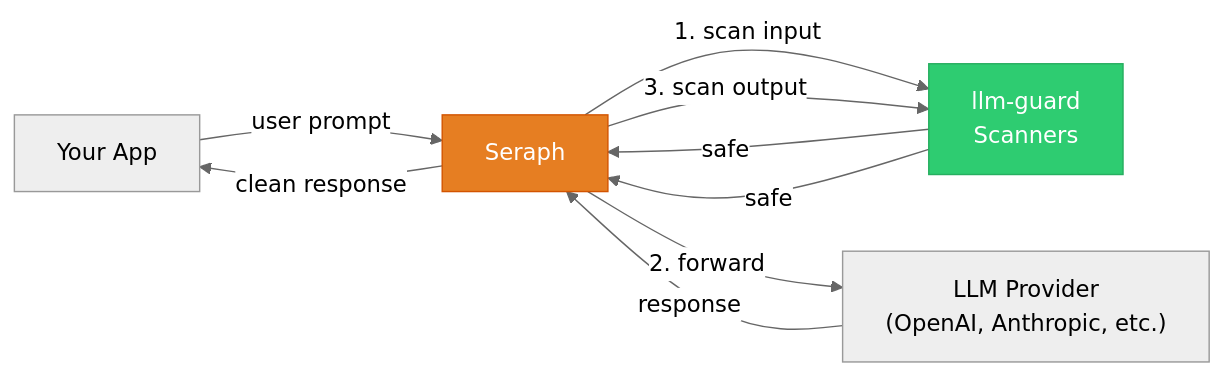
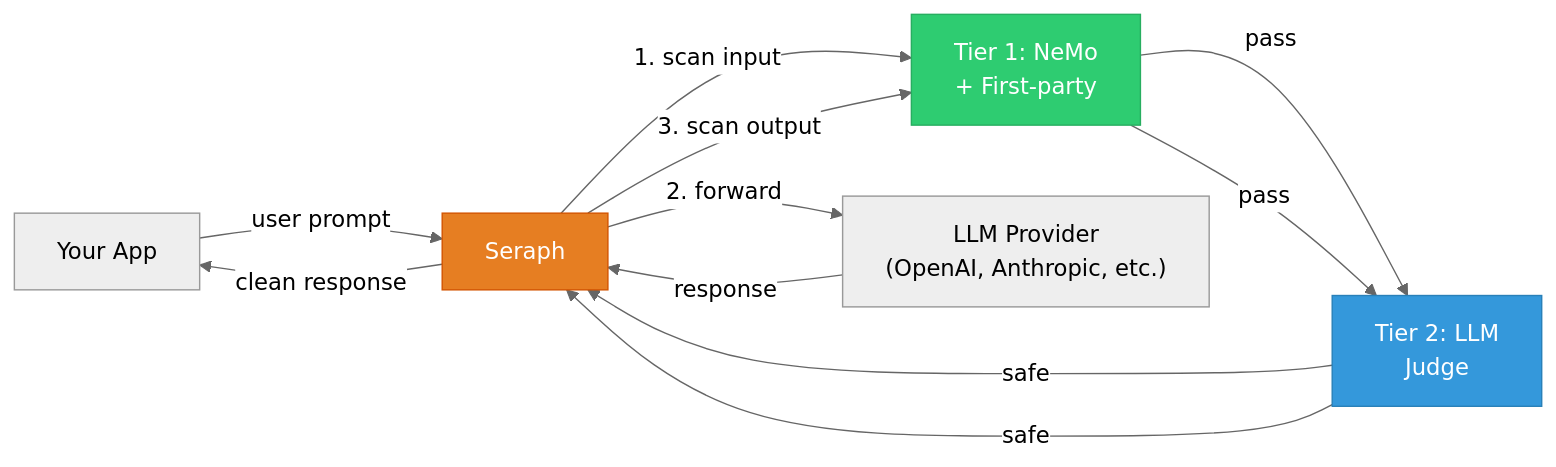
The first of 2 diagrams in README.md (0x0pointer/seraph), drawn with Mermaid (neutral theme) before and after one commit. The commit also changed other lines of this file and 22 other files, not shown here.

First line of the commit message:
refactor: replace llm-guard with NeMo Guardrails + LLM-as-a-Judge (LangGraph)

````diff
--- a/README.md
+++ b/README.md
@@ -20,14 +79,17 @@
 ```mermaid
 flowchart LR
     App["Your App"] -->|"user prompt"| Seraph
-    Seraph -->|"1. scan input"| S["llm-guard\nScanners"]
-    S -->|"safe"| Seraph
+    Seraph -->|"1. scan input"| T1["Tier 1: NeMo\n+ First-party"]
+    T1 -->|"pass"| T2["Tier 2: LLM\nJudge"]
+    T2 -->|"safe"| Seraph
     Seraph -->|"2. forward"| LLM["LLM Provider\n(OpenAI, Anthropic, etc.)"]
     LLM -->|"response"| Seraph
-    Seraph -->|"3. scan output"| S
-    S -->|"safe"| Seraph
+    Seraph -->|"3. scan output"| T1
+    T1 -->|"pass"| T2
+    T2 -->|"safe"| Seraph
     Seraph -->|"clean response"| App
 
     style Seraph fill:#e67e22,stroke:#d35400,color:#fff
-    style S fill:#2ecc71,stroke:#27ae60,color:#fff
+    style T1 fill:#2ecc71,stroke:#27ae60,color:#fff
+    style T2 fill:#3498db,stroke:#2980b9,color:#fff
 ```
````
